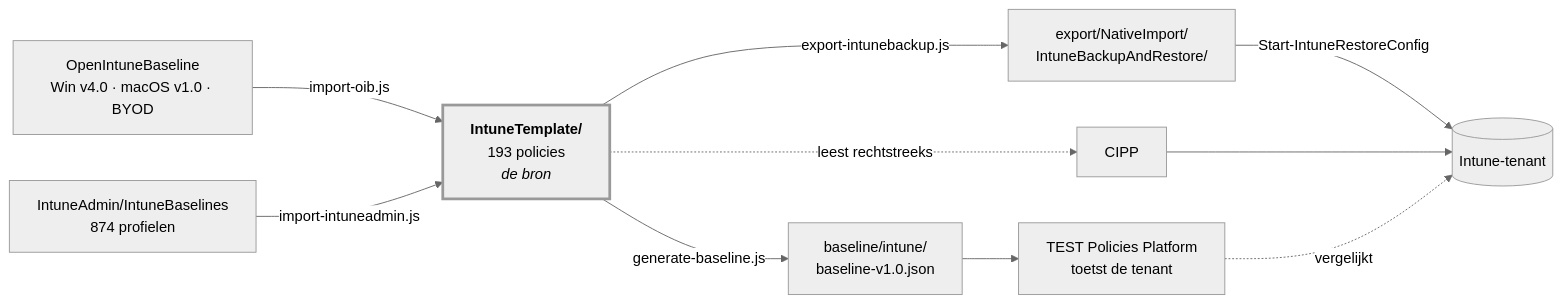
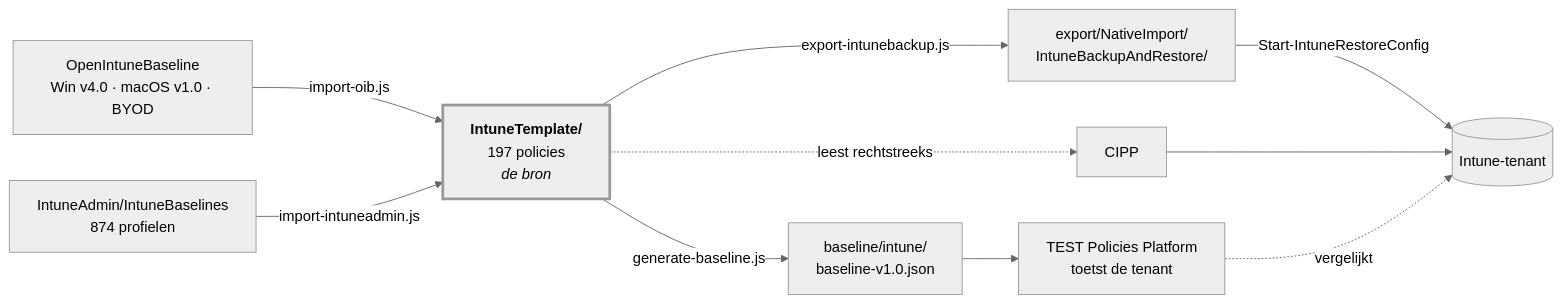
The diagram in README.md (sjkanon/IntuneBackup), drawn with Mermaid (neutral theme) before and after one commit. The commit also changed other lines of this file and 1 other file, not shown here.

First line of the commit message:
De README telde nog 193 policies en de fases van vóór de laatste import

````diff
--- a/README.md
+++ b/README.md
@@ -18,21 +18,21 @@
 ```mermaid
 flowchart LR
   OIB["OpenIntuneBaseline<br/>Win v4.0 · macOS v1.0 · BYOD"]
-  T["<b>IntuneTemplate/</b><br/>193 policies<br/><i>de bron</i>"]
+  T["<b>IntuneTemplate/</b><br/>197 policies<br/><i>de bron</i>"]
   BL["baseline/intune/<br/>baseline-v1.0.json"]
   EX["export/NativeImport/<br/>IntuneBackupAndRestore/"]
   TENANT[("Intune-tenant")]
 
   OIB -->|import-oib.js| T
   T -->|generate-baseline.js| BL
   T -->|export-intunebackup.js| EX
   T -.->|leest rechtstreeks| CIPP[CIPP]
   BL --> PLAT["TEST Policies Platform<br/>toetst de tenant"]
   EX -->|Start-IntuneRestoreConfig| TENANT
   CIPP --> TENANT
   PLAT -.->|vergelijkt| TENANT
 
   IA["IntuneAdmin/IntuneBaselines<br/>874 profielen"] -->|import-intuneadmin.js| T
 
   style T stroke-width:3px
 ```
````
